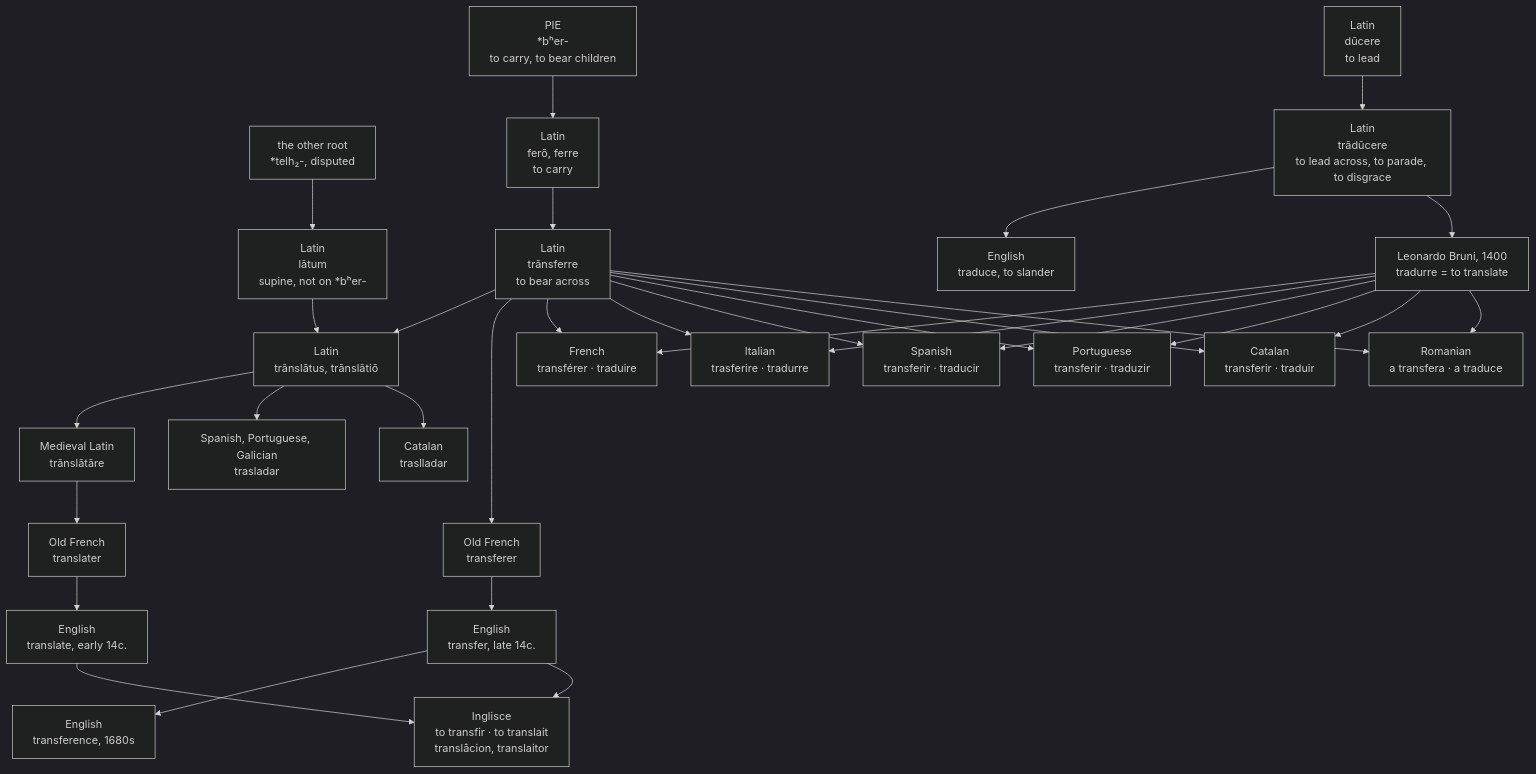
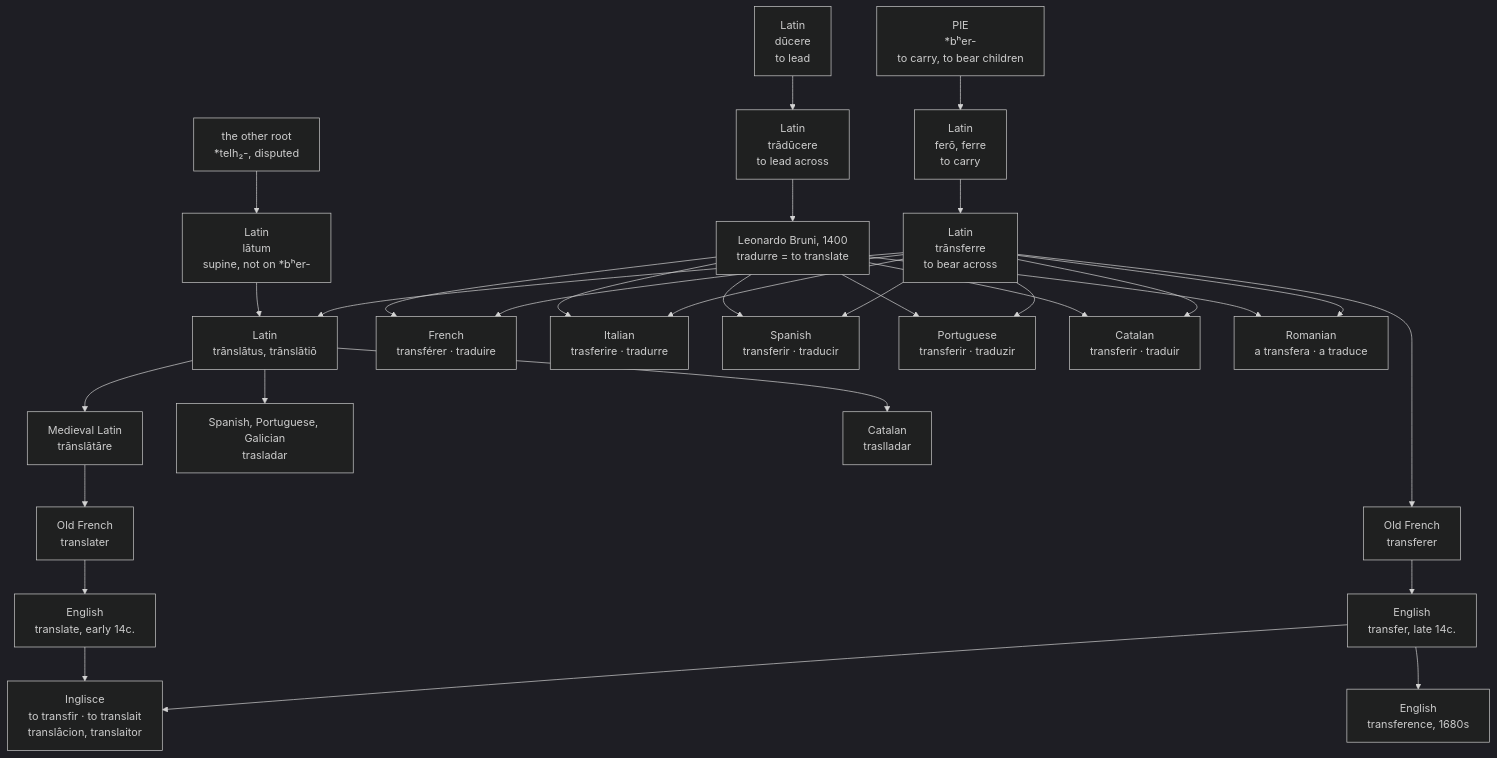
One commit to dionys93/ety-dictionary changed the diagram in data-text/inglisce/etymology/comparisons/t/transfer-translate.md. Above: the diagram before and after it, drawn with Mermaid (dark theme). The commit also changed other lines of this file, not shown here.

````diff
--- a/data-text/inglisce/etymology/comparisons/t/transfer-translate.md
+++ b/data-text/inglisce/etymology/comparisons/t/transfer-translate.md
@@ -63,59 +61,57 @@
 ```mermaid
 flowchart TD
     BHER["PIE<br/>*bʰer-<br/>to carry, to bear children"]
     OTHR["the other root<br/>*telh₂-, disputed"]
     FER["Latin<br/>ferō, ferre<br/>to carry"]
     LAT["Latin<br/>lātum<br/>supine, not on *bʰer-"]
     TRF["Latin<br/>trānsferre<br/>to bear across"]
     TRL["Latin<br/>trānslātus, trānslātiō"]
     MLT["Medieval Latin<br/>trānslātāre"]
     DUC["Latin<br/>dūcere<br/>to lead"]
-    TDC["Latin<br/>trādūcere<br/>to lead across, to parade, to disgrace"]
+    TDC["Latin<br/>trādūcere<br/>to lead across"]
     BRU["Leonardo Bruni, 1400<br/>tradurre = to translate"]
     OFT["Old French<br/>translater"]
     OFV["Old French<br/>transferer"]
     ENT["English<br/>translate, early 14c."]
     ENV["English<br/>transfer, late 14c."]
     ENC["English<br/>transference, 1680s"]
-    END["English<br/>traduce, to slander"]
     ING["Inglisce<br/>to transfir · to translait<br/>translâcion, translaitor"]
     FRA["French<br/>transférer · traduire"]
     ITA["Italian<br/>trasferire · tradurre"]
     SPA["Spanish<br/>transferir · traducir"]
     POR["Portuguese<br/>transferir · traduzir"]
     CAT["Catalan<br/>transferir · traduir"]
     ROM["Romanian<br/>a transfera · a traduce"]
     SPL["Spanish, Portuguese, Galician<br/>trasladar"]
     CAL["Catalan<br/>traslladar"]
 
     BHER --> FER
     OTHR --> LAT
     FER --> TRF
     LAT --> TRL
     TRF --> TRL
     TRL --> MLT
     MLT --> OFT
     TRF --> OFV
     OFT --> ENT
     OFV --> ENV
     ENV --> ENC
     ENT --> ING
     ENV --> ING
     TRL --> SPL
     TRL --> CAL
     DUC --> TDC
-    TDC --> END
     TDC --> BRU
     BRU --> FRA
     BRU --> ITA
     BRU --> SPA
     BRU --> POR
     BRU --> CAT
     BRU --> ROM
     TRF --> FRA
     TRF --> ITA
     TRF --> SPA
     TRF --> POR
     TRF --> CAT
     TRF --> ROM
 ```
````
